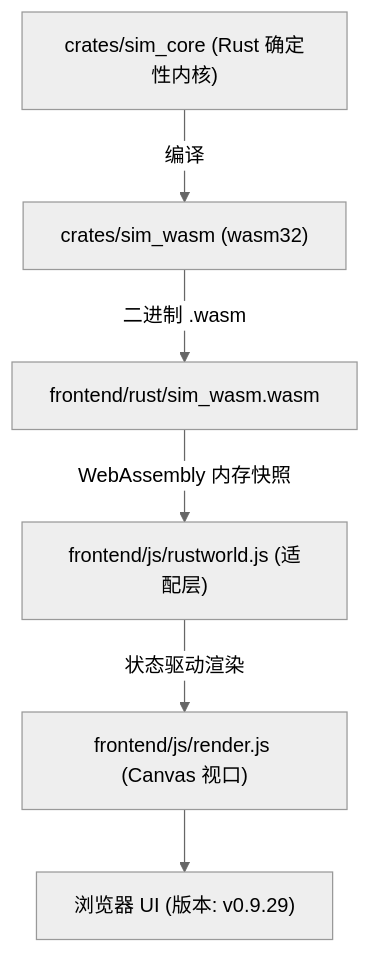
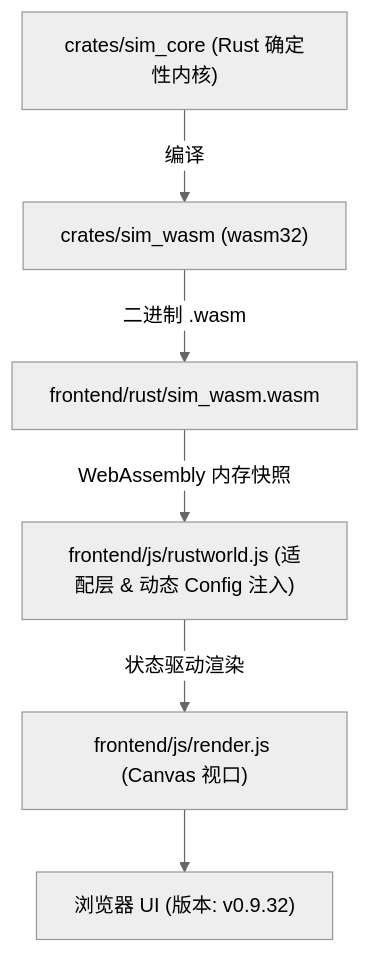
The diagram in AGENTS.md (g39088902/FlowAndAccord), drawn with Mermaid (neutral theme) before and after one commit. The commit also changed other lines of this file and 22 other files, not shown here.

````diff
--- a/AGENTS.md
+++ b/AGENTS.md
@@ -28,8 +28,8 @@
 ```mermaid
 graph TD
     A["crates/sim_core (Rust 确定性内核)"] -->|编译| B["crates/sim_wasm (wasm32)"]
     B -->|二进制 .wasm| C["frontend/rust/sim_wasm.wasm"]
-    C -->|WebAssembly 内存快照| D["frontend/js/rustworld.js (适配层)"]
+    C -->|WebAssembly 内存快照| D["frontend/js/rustworld.js (适配层 & 动态 Config 注入)"]
     D -->|状态驱动渲染| E["frontend/js/render.js (Canvas 视口)"]
-    E --> F["浏览器 UI (版本: v0.9.29)"]
+    E --> F["浏览器 UI (版本: v0.9.32)"]
 ```
````
